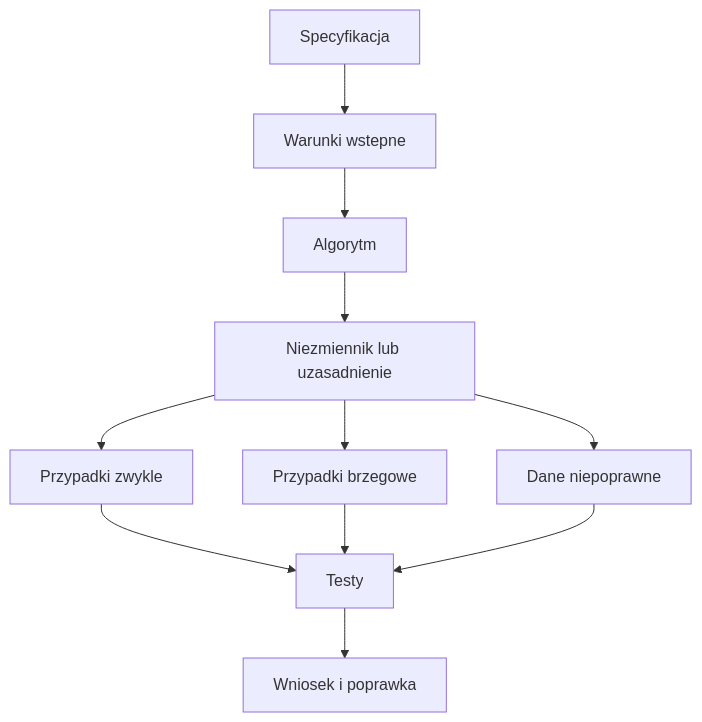
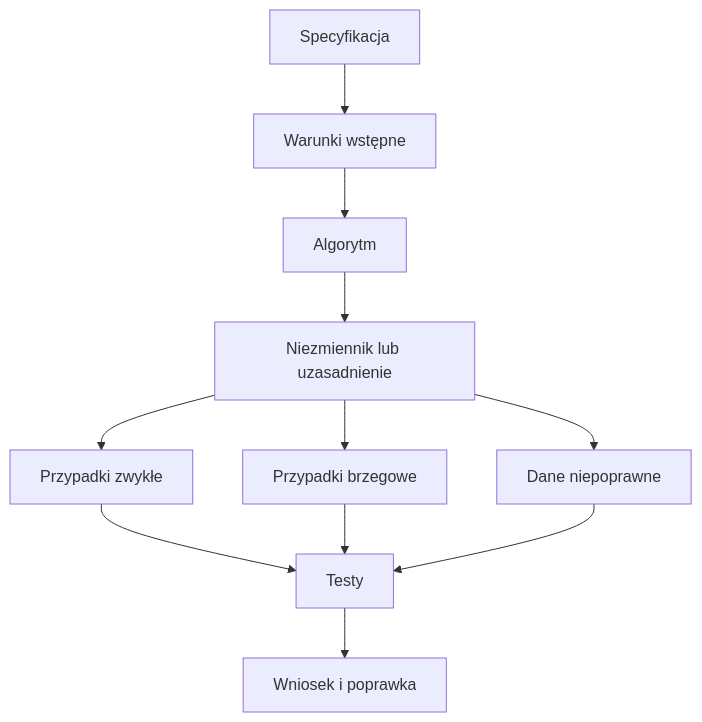
The first of 2 diagrams in src/01-organizacja/04-obliczenia-i-testy/README.md (tborzyszkowski/warsztat-programisty-pjatk), drawn with Mermaid before and after one commit. The commit also changed other lines of this file and 10 other files, not shown here.

Commit message:
Fix typos and improve language consistency in documentation and code comments across multiple files; update diagrams for clarity and correctness.

````diff
--- a/src/01-organizacja/04-obliczenia-i-testy/README.md
+++ b/src/01-organizacja/04-obliczenia-i-testy/README.md
@@ -176,13 +176,13 @@
 ```mermaid
 flowchart TD
-    A[Specyfikacja] --> B[Warunki wstepne]
+    A[Specyfikacja] --> B[Warunki wstępne]
     B --> C[Algorytm]
     C --> D[Niezmiennik lub uzasadnienie]
-    D --> E[Przypadki zwykle]
+    D --> E[Przypadki zwykłe]
     D --> F[Przypadki brzegowe]
     D --> G[Dane niepoprawne]
     E --> H[Testy]
     F --> H
     G --> H
     H --> I[Wniosek i poprawka]
 ```
````
